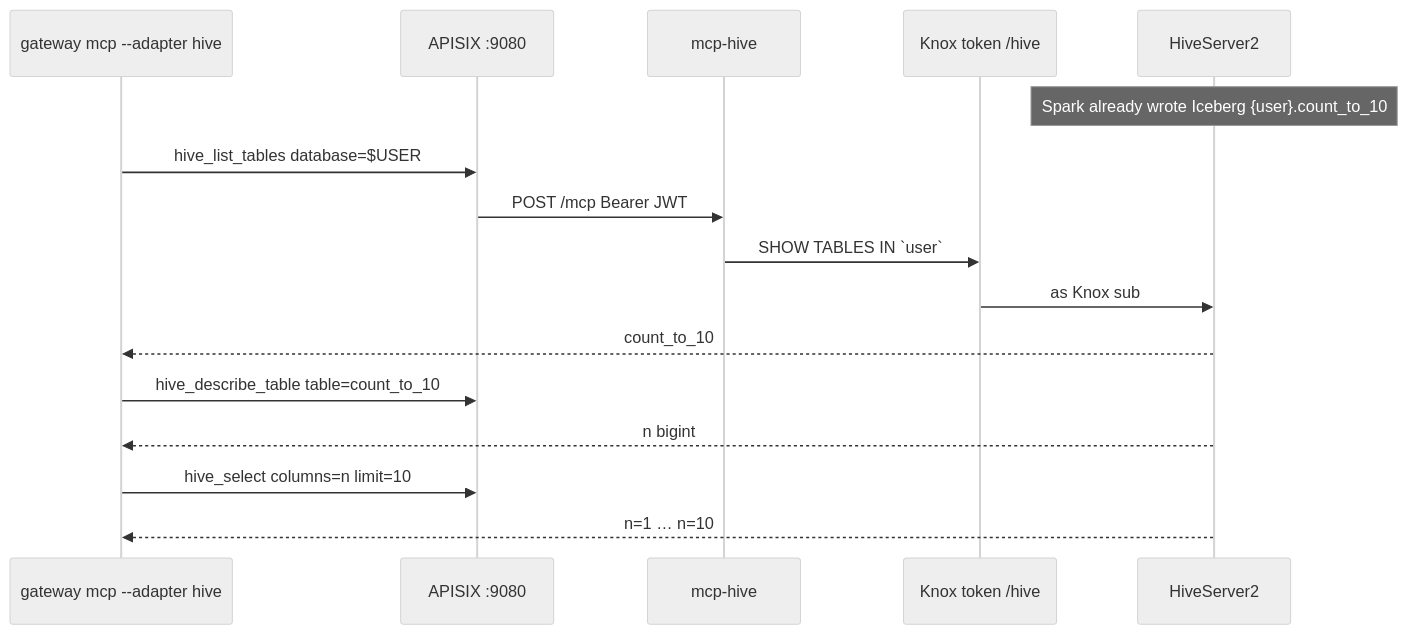
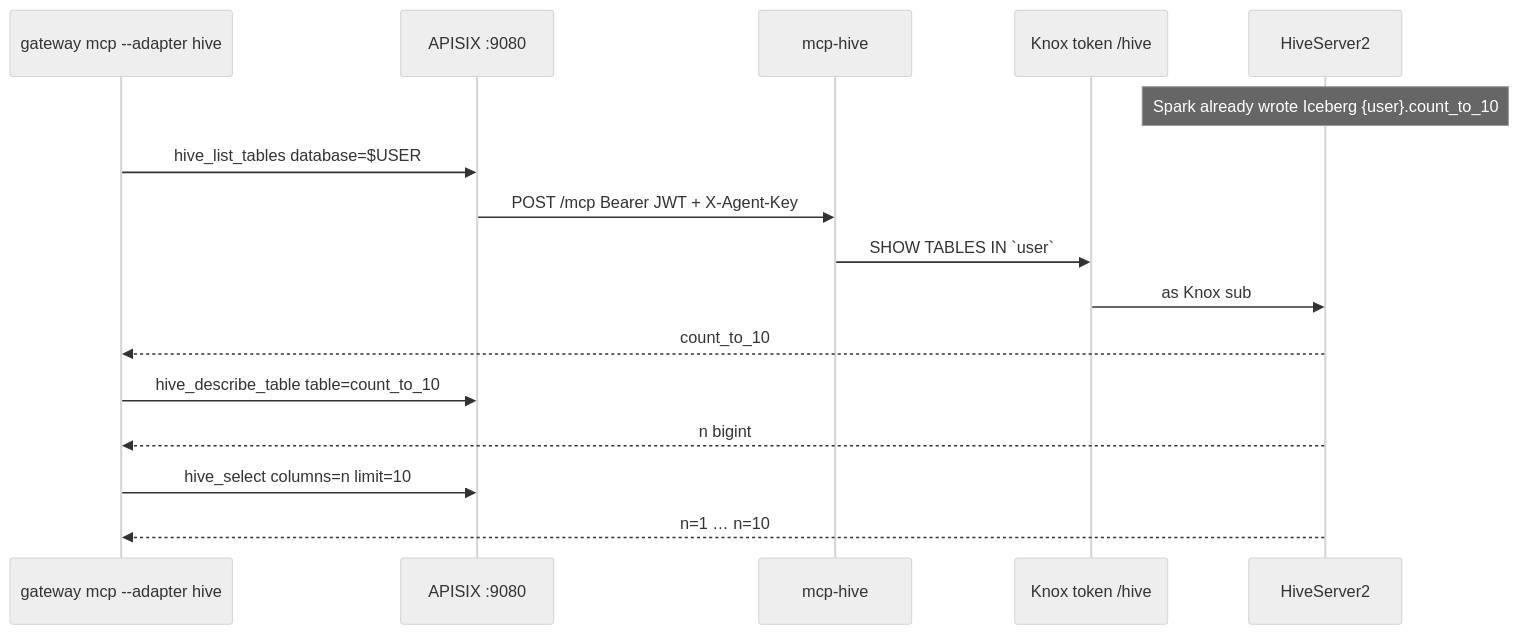
One commit to BrooksIan/CDPAgentGateway changed the diagram in examples/hive/README.md. Above: the diagram before and after it, drawn with Mermaid (neutral theme). The commit also changed 56 other files, not shown here.

````diff
--- a/examples/hive/README.md
+++ b/examples/hive/README.md
@@ -7,19 +7,19 @@
 ```mermaid
 sequenceDiagram
   participant Op as gateway mcp --adapter hive
   participant GW as APISIX :9080
   participant MCP as mcp-hive
   participant Knox as Knox token /hive
   participant HS2 as HiveServer2
 
   Note over HS2: Spark already wrote Iceberg {user}.count_to_10
   Op->>GW: hive_list_tables database=$USER
-  GW->>MCP: POST /mcp Bearer JWT
+  GW->>MCP: POST /mcp Bearer JWT + X-Agent-Key
   MCP->>Knox: SHOW TABLES IN `user`
   Knox->>HS2: as Knox sub
   HS2-->>Op: count_to_10
   Op->>GW: hive_describe_table table=count_to_10
   HS2-->>Op: n bigint
   Op->>GW: hive_select columns=n limit=10
   HS2-->>Op: n=1 … n=10
 ```
````
